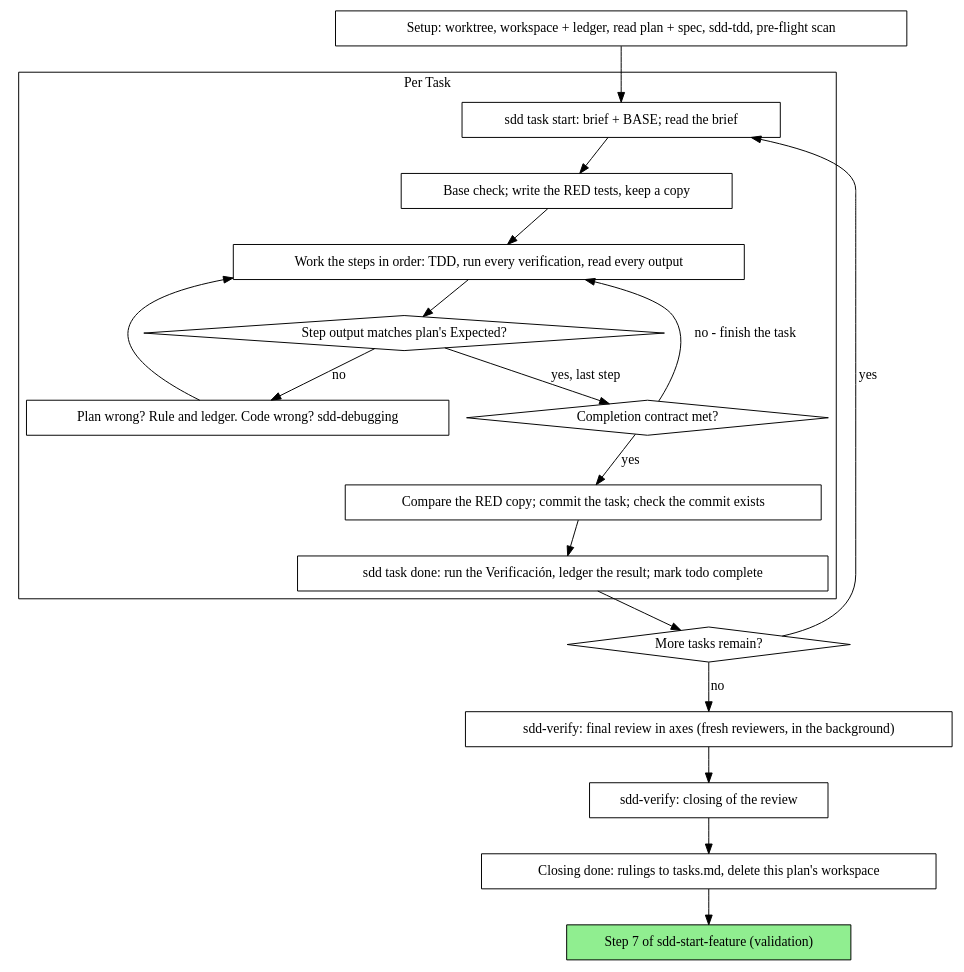
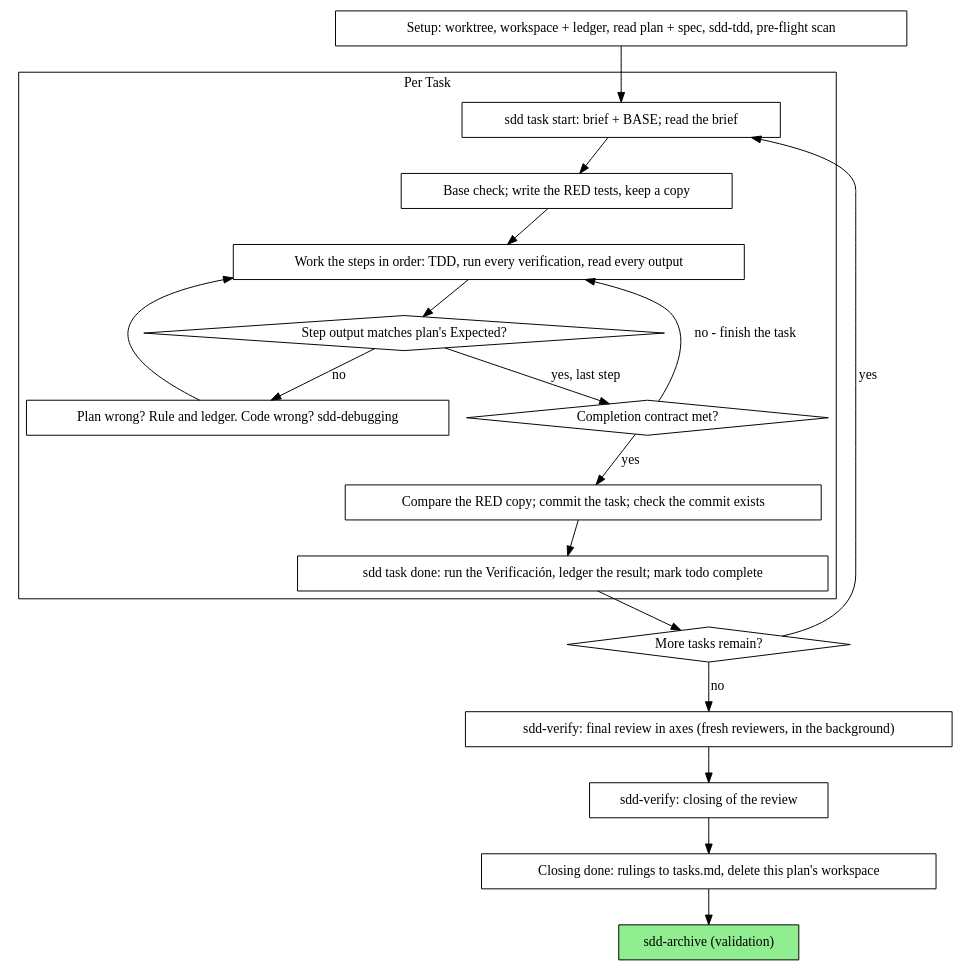
The first of 2 diagrams in skills/sdd-implement/SKILL.md (pikachumetal/sdd-kit), drawn with Graphviz before and after one commit. The commit also changed other lines of this file and 88 other files, not shown here.

First line of the commit message:
feat(skills): llevar la feature de sdd-propose a sdd-implement sin skill intermedia

````diff
--- a/skills/sdd-implement/SKILL.md
+++ b/skills/sdd-implement/SKILL.md
@@ -50,41 +52,41 @@
 ```dot
 digraph native {
     rankdir=TB;
 
     subgraph cluster_per_task {
         label="Per Task";
         "sdd task start: brief + BASE; read the brief" [shape=box];
         "Base check; write the RED tests, keep a copy" [shape=box];
         "Work the steps in order: TDD, run every verification, read every output" [shape=box];
         "Step output matches plan's Expected?" [shape=diamond];
         "Plan wrong? Rule and ledger. Code wrong? sdd-debugging" [shape=box];
         "Completion contract met?" [shape=diamond];
         "Compare the RED copy; commit the task; check the commit exists" [shape=box];
         "sdd task done: run the Verificación, ledger the result; mark todo complete" [shape=box];
     }
 
     "Setup: worktree, workspace + ledger, read plan + spec, sdd-tdd, pre-flight scan" [shape=box];
     "More tasks remain?" [shape=diamond];
     "sdd-verify: final review in axes (fresh reviewers, in the background)" [shape=box];
     "sdd-verify: closing of the review" [shape=box];
     "Closing done: rulings to tasks.md, delete this plan's workspace" [shape=box];
-    "Step 7 of sdd-start-feature (validation)" [shape=box style=filled fillcolor=lightgreen];
+    "sdd-archive (validation)" [shape=box style=filled fillcolor=lightgreen];
 
     "Setup: worktree, workspace + ledger, read plan + spec, sdd-tdd, pre-flight scan" -> "sdd task start: brief + BASE; read the brief";
     "sdd task start: brief + BASE; read the brief" -> "Base check; write the RED tests, keep a copy";
     "Base check; write the RED tests, keep a copy" -> "Work the steps in order: TDD, run every verification, read every output";
     "Work the steps in order: TDD, run every verification, read every output" -> "Step output matches plan's Expected?";
     "Step output matches plan's Expected?" -> "Plan wrong? Rule and ledger. Code wrong? sdd-debugging" [label="no"];
     "Plan wrong? Rule and ledger. Code wrong? sdd-debugging" -> "Work the steps in order: TDD, run every verification, read every output";
     "Step output matches plan's Expected?" -> "Completion contract met?" [label="yes, last step"];
     "Completion contract met?" -> "Work the steps in order: TDD, run every verification, read every output" [label="no - finish the task"];
     "Completion contract met?" -> "Compare the RED copy; commit the task; check the commit exists" [label="yes"];
     "Compare the RED copy; commit the task; check the commit exists" -> "sdd task done: run the Verificación, ledger the result; mark todo complete";
     "sdd task done: run the Verificación, ledger the result; mark todo complete" -> "More tasks remain?";
     "More tasks remain?" -> "sdd task start: brief + BASE; read the brief" [label="yes"];
     "More tasks remain?" -> "sdd-verify: final review in axes (fresh reviewers, in the background)" [label="no"];
     "sdd-verify: final review in axes (fresh reviewers, in the background)" -> "sdd-verify: closing of the review";
     "sdd-verify: closing of the review" -> "Closing done: rulings to tasks.md, delete this plan's workspace";
-    "Closing done: rulings to tasks.md, delete this plan's workspace" -> "Step 7 of sdd-start-feature (validation)";
+    "Closing done: rulings to tasks.md, delete this plan's workspace" -> "sdd-archive (validation)";
 }
 ```
````
